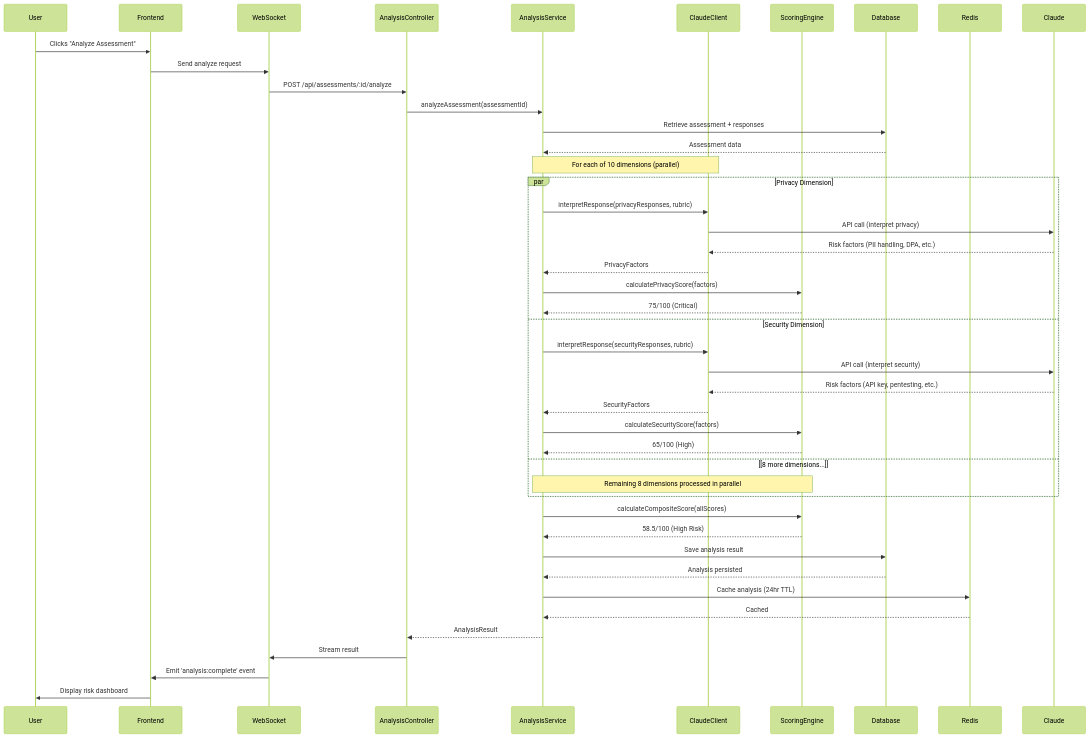
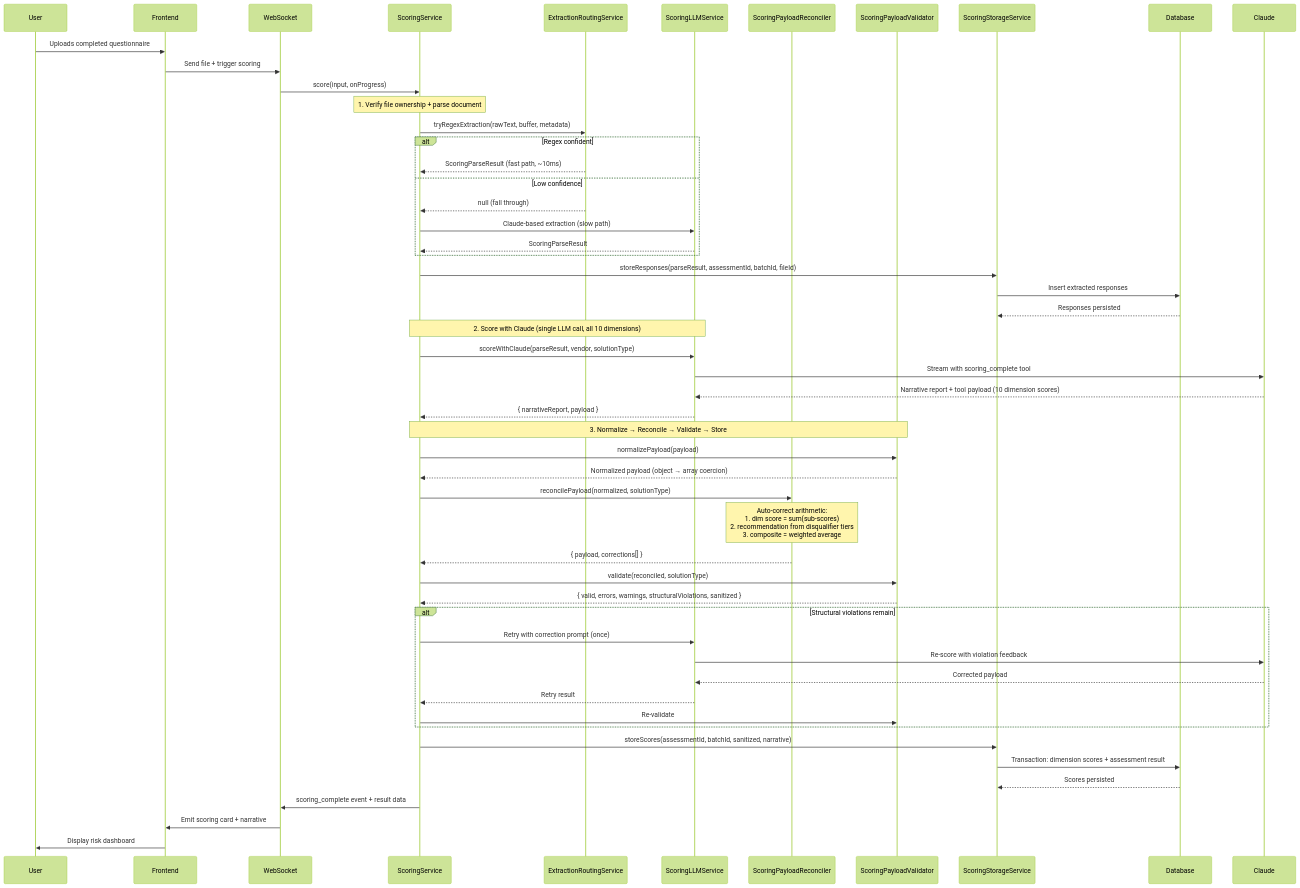
Before and after one commit to MazRadwan/guardian-local: the first of 2 diagrams in docs/design/architecture/implementation-guide.md, drawn with Mermaid (forest theme). The commit also changed other lines of this file and 12 other files, not shown here.

First line of the commit message:
docs: Update architecture diagrams, README, and design docs for Epics 37-40

````diff
--- a/docs/design/architecture/implementation-guide.md
+++ b/docs/design/architecture/implementation-guide.md
@@ -625,54 +733,67 @@
 ```mermaid
 sequenceDiagram
     participant U as User
     participant FE as Frontend
     participant WS as WebSocket
-    participant AC as AnalysisController
-    participant AS as AnalysisService
-    participant CC as ClaudeClient
-    participant SE as ScoringEngine
+    participant SS as ScoringService
+    participant ERS as ExtractionRoutingService
+    participant LLM as ScoringLLMService
+    participant REC as ScoringPayloadReconciler
+    participant VAL as ScoringPayloadValidator
+    participant STO as ScoringStorageService
     participant DB as Database
-    participant Cache as Redis
 
-    U->>FE: Clicks "Analyze Assessment"
-    FE->>WS: Send analyze request
-    WS->>AC: POST /api/assessments/:id/analyze
-    AC->>AS: analyzeAssessment(assessmentId)
+    U->>FE: Uploads completed questionnaire
+    FE->>WS: Send file + trigger scoring
+    WS->>SS: score(input, onProgress)
 
-    AS->>DB: Retrieve assessment + responses
-    DB-->>AS: Assessment data
+    Note over SS: 1. Verify file ownership + parse document
 
-    Note over AS,CC: For each of 10 dimensions (parallel)
-
-    par Privacy Dimension
-        AS->>CC: interpretResponse(privacyResponses, rubric)
-        CC->>Claude: API call (interpret privacy)
-        Claude-->>CC: Risk factors (PII handling, DPA, etc.)
-        CC-->>AS: PrivacyFactors
-        AS->>SE: calculatePrivacyScore(factors)
-        SE-->>AS: 75/100 (Critical)
-    and Security Dimension
-        AS->>CC: interpretResponse(securityResponses, rubric)
-        CC->>Claude: API call (interpret security)
-        Claude-->>CC: Risk factors (API key, pentesting, etc.)
-        CC-->>AS: SecurityFactors
-        AS->>SE: calculateSecurityScore(factors)
-        SE-->>AS: 65/100 (High)
-    and [8 more dimensions...]
-        Note over AS,SE: Remaining 8 dimensions processed in parallel
+    SS->>ERS: tryRegexExtraction(rawText, buffer, metadata)
+    alt Regex confident
+        ERS-->>SS: ScoringParseResult (fast path, ~10ms)
+    else Low confidence
+        ERS-->>SS: null (fall through)
+        SS->>LLM: Claude-based extraction (slow path)
+        LLM-->>SS: ScoringParseResult
     end
 
-    AS->>SE: calculateCompositeScore(allScores)
-    SE-->>AS: 58.5/100 (High Risk)
+    SS->>STO: storeResponses(parseResult, assessmentId, batchId, fileId)
+    STO->>DB: Insert extracted responses
+    DB-->>STO: Responses persisted
 
-    AS->>DB: Save analysis result
-    DB-->>AS: Analysis persisted
+    Note over SS,LLM: 2. Score with Claude (single LLM call, all 10 dimensions)
 
-    AS->>Cache: Cache analysis (24hr TTL)
-    Cache-->>AS: Cached
+    SS->>LLM: scoreWithClaude(parseResult, vendor, solutionType)
+    LLM->>Claude: Stream with scoring_complete tool
+    Claude-->>LLM: Narrative report + tool payload (10 dimension scores)
+    LLM-->>SS: { narrativeReport, payload }
 
-    AS-->>AC: AnalysisResult
-    AC->>WS: Stream result
-    WS->>FE: Emit 'analysis:complete' event
+    Note over SS,VAL: 3. Normalize → Reconcile → Validate → Store
+
+    SS->>VAL: normalizePayload(payload)
+    VAL-->>SS: Normalized payload (object → array coercion)
+
+    SS->>REC: reconcilePayload(normalized, solutionType)
+    Note over REC: Auto-correct arithmetic:<br/>1. dim score = sum(sub-scores)<br/>2. recommendation from disqualifier tiers<br/>3. composite = weighted average
+    REC-->>SS: { payload, corrections[] }
+
+    SS->>VAL: validate(reconciled, solutionType)
+    VAL-->>SS: { valid, errors, warnings, structuralViolations, sanitized }
+
+    alt Structural violations remain
+        SS->>LLM: Retry with correction prompt (once)
+        LLM->>Claude: Re-score with violation feedback
+        Claude-->>LLM: Corrected payload
+        LLM-->>SS: Retry result
+        SS->>VAL: Re-validate
+    end
+
+    SS->>STO: storeScores(assessmentId, batchId, sanitized, narrative)
+    STO->>DB: Transaction: dimension scores + assessment result
+    DB-->>STO: Scores persisted
+
+    SS->>WS: scoring_complete event + result data
+    WS->>FE: Emit scoring card + narrative
     FE->>U: Display risk dashboard
 ```
````
